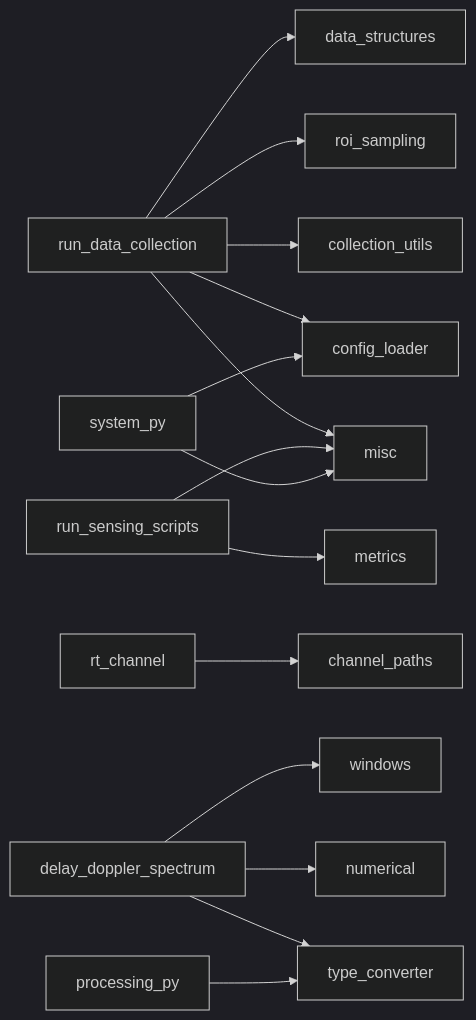
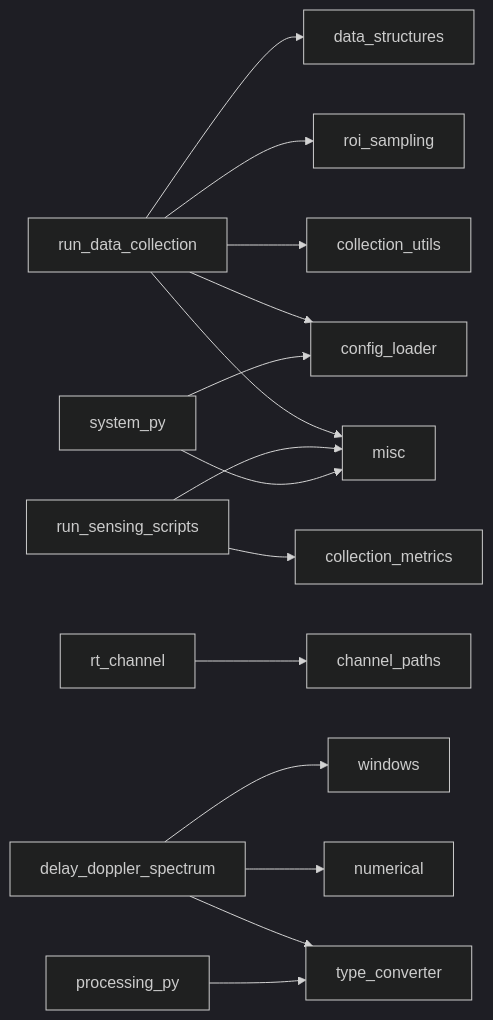
One commit to GitLinhp/isac changed the diagram in docs/utils-functions.md. Above: the diagram before and after it, drawn with Mermaid (dark theme). The commit also changed other lines of this file and 17 other files, not shown here.

````diff
--- a/docs/utils-functions.md
+++ b/docs/utils-functions.md
@@ -74,17 +75,17 @@
 ```mermaid
 flowchart LR
   run_data_collection --> data_structures
   run_data_collection --> roi_sampling
   run_data_collection --> collection_utils
   run_data_collection --> config_loader
   run_data_collection --> misc
-  run_sensing_scripts --> metrics
+  run_sensing_scripts --> collection_metrics
   run_sensing_scripts --> misc
   system_py --> config_loader
   system_py --> misc
   rt_channel --> channel_paths
   delay_doppler_spectrum --> windows
   delay_doppler_spectrum --> numerical
   delay_doppler_spectrum --> type_converter
   processing_py --> type_converter
 ```
````
